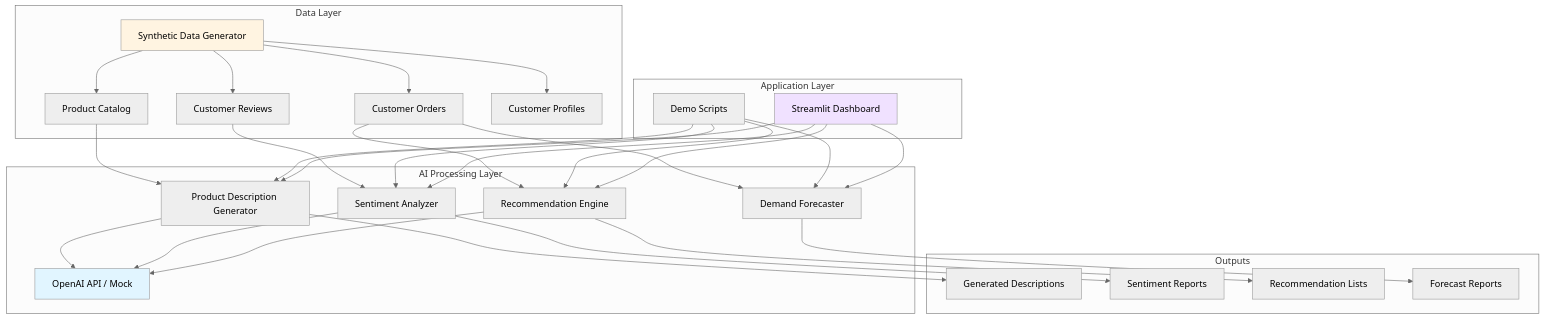
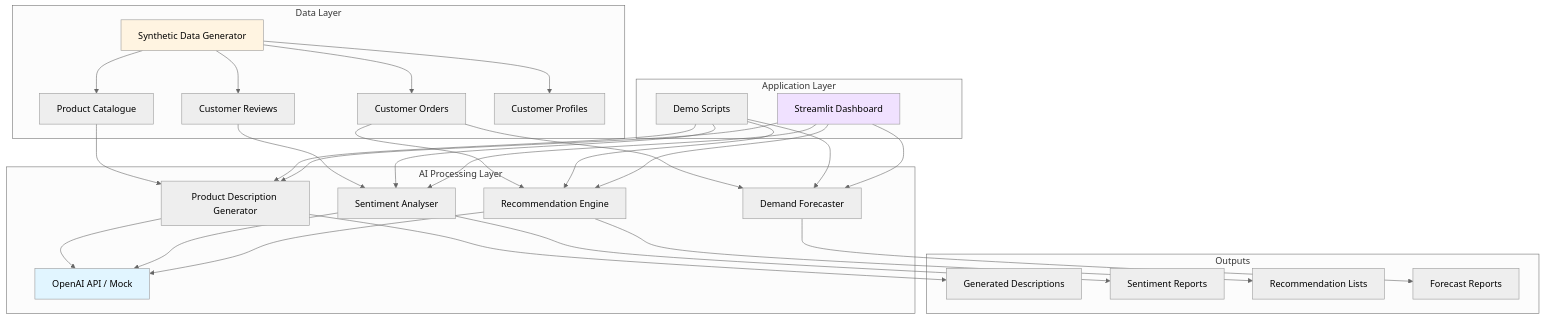
Before and after one commit to theshaonsaleh/ai-ecommerce-casestudy: the diagram in CASE_STUDY.md, drawn with Mermaid (neutral theme). The commit also changed other lines of this file and 6 other files, not shown here.

````diff
--- a/CASE_STUDY.md
+++ b/CASE_STUDY.md
@@ -210,43 +166,43 @@
 ```mermaid
 graph TB
     subgraph "Data Layer"
-        A[Synthetic Data Generator] --> B[Product Catalog]
+        A[Synthetic Data Generator] --> B[Product Catalogue]
         A --> C[Customer Orders]
         A --> D[Customer Reviews]
         A --> E[Customer Profiles]
     end
     
     subgraph "AI Processing Layer"
         B --> F[Product Description Generator]
-        D --> G[Sentiment Analyzer]
+        D --> G[Sentiment Analyser]
         C --> H[Recommendation Engine]
         C --> I[Demand Forecaster]
         
         F --> J[OpenAI API / Mock]
         G --> J
         H --> J
     end
     
     subgraph "Application Layer"
         K[Demo Scripts] --> F
         K --> G
         K --> H
         K --> I
         
         L[Streamlit Dashboard] --> F
         L --> G
         L --> H
         L --> I
     end
     
     subgraph "Outputs"
         F --> M[Generated Descriptions]
         G --> N[Sentiment Reports]
         H --> O[Recommendation Lists]
         I --> P[Forecast Reports]
     end
     
     style J fill:#e1f5ff
     style A fill:#fff4e1
     style L fill:#f0e1ff
 ```
````
